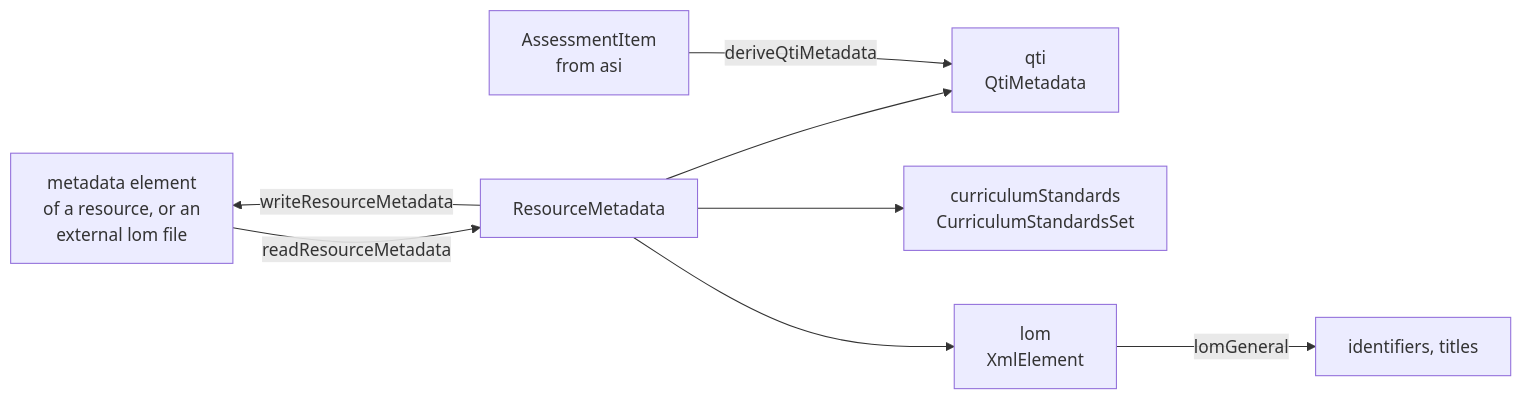
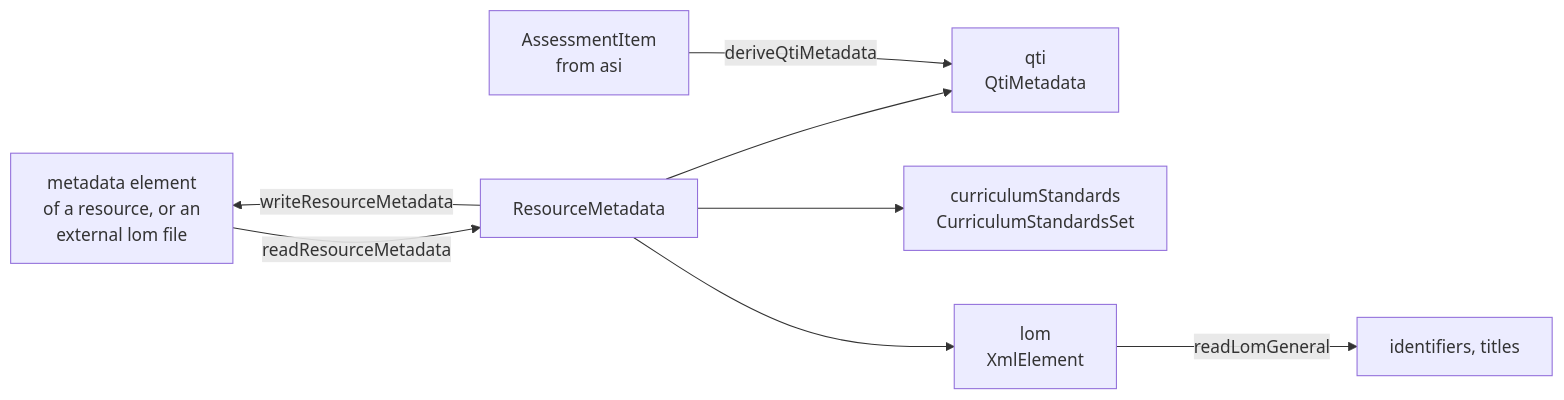
One commit to assesskit/assesskit changed the diagram in docs/runtime/metadata.md. Above: the diagram before and after it, drawn with Mermaid. The commit also changed other lines of this file and 285 other files, not shown here.

````diff
--- a/docs/runtime/metadata.md
+++ b/docs/runtime/metadata.md
@@ -7,16 +7,16 @@
 ```mermaid
 flowchart LR
   manifest["metadata element<br/>of a resource, or an<br/>external lom file"]
   resource["ResourceMetadata"]
   qti["qti<br/>QtiMetadata"]
   standards["curriculumStandards<br/>CurriculumStandardsSet"]
   lom["lom<br/>XmlElement"]
   item["AssessmentItem<br/>from asi"]
   manifest -- "readResourceMetadata" --> resource
   resource -- "writeResourceMetadata" --> manifest
   resource --> qti
   resource --> standards
   resource --> lom
   item -- "deriveQtiMetadata" --> qti
-  lom -- "lomGeneral" --> general["identifiers, titles"]
+  lom -- "readLomGeneral" --> general["identifiers, titles"]
 ```
````
